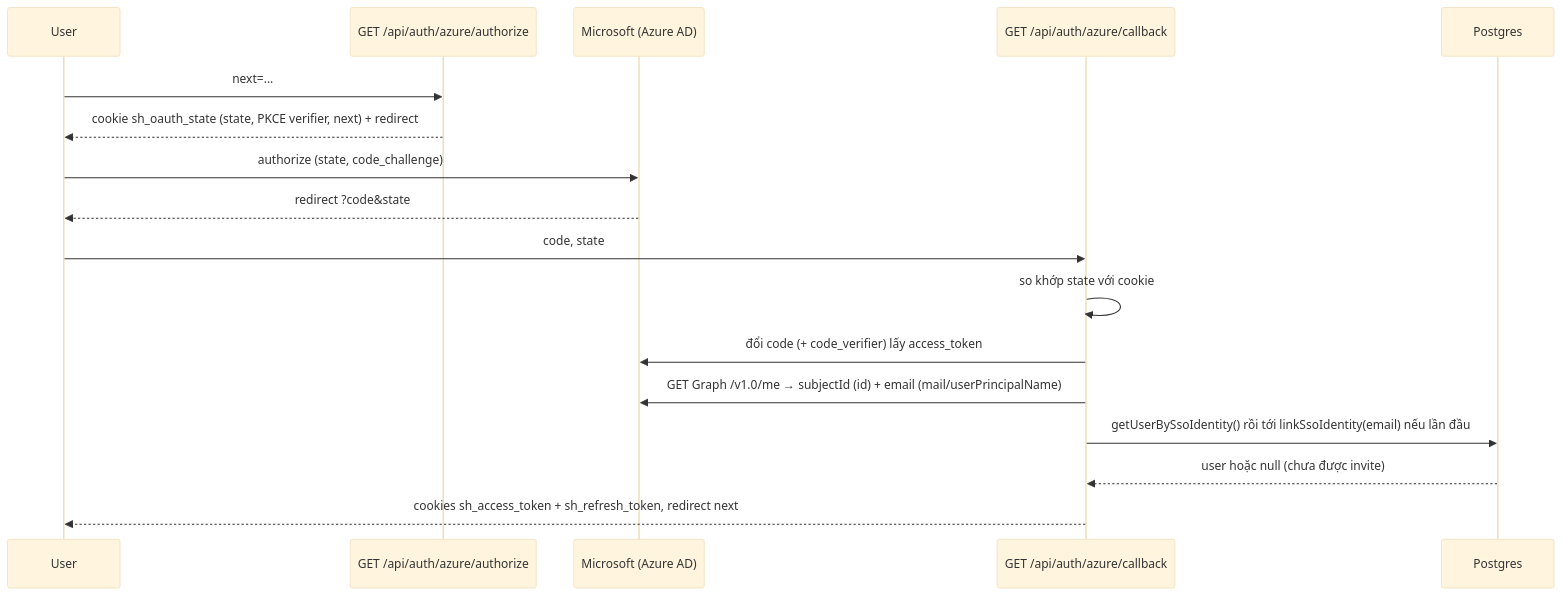
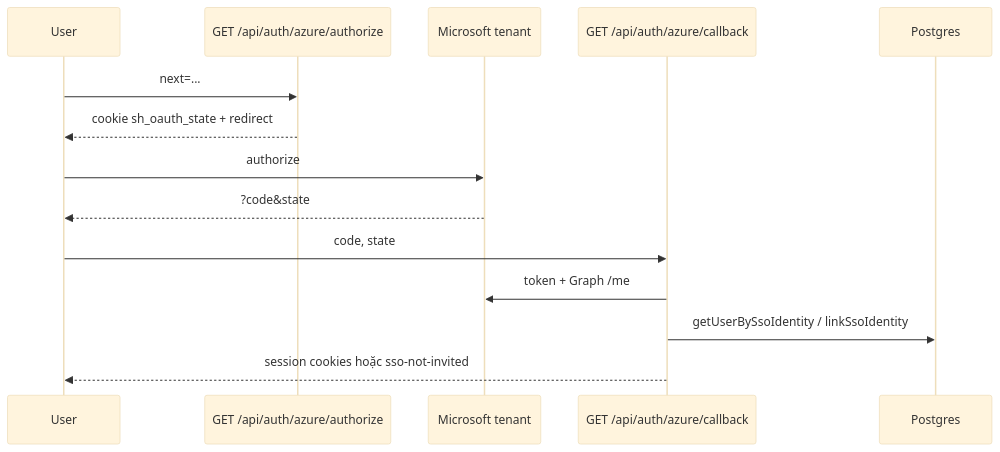
One commit to zen8labs-hackathon/SmartHire changed the seventh of 9 diagrams in docs/architecture.md. Above: the diagram before and after it, drawn with Mermaid (base theme). The commit also changed other lines of this file and 3 other files, not shown here.

First line of the commit message:
Add EC2 auto-deploy workflow and update architecture docs.

````diff
--- a/docs/architecture.md
+++ b/docs/architecture.md
@@ -205,20 +254,17 @@
 ```mermaid
 sequenceDiagram
   participant U as User
   participant Az as GET /api/auth/azure/authorize
-  participant MS as Microsoft (Azure AD)
+  participant MS as Microsoft tenant
   participant Cb as GET /api/auth/azure/callback
   participant DB as Postgres
 
   U->>Az: next=...
-  Az-->>U: cookie sh_oauth_state (state, PKCE verifier, next) + redirect
-  U->>MS: authorize (state, code_challenge)
-  MS-->>U: redirect ?code&state
+  Az-->>U: cookie sh_oauth_state + redirect
+  U->>MS: authorize
+  MS-->>U: ?code&state
   U->>Cb: code, state
-  Cb->>Cb: so khớp state với cookie
-  Cb->>MS: đổi code (+ code_verifier) lấy access_token
-  Cb->>MS: GET Graph /v1.0/me → subjectId (id) + email (mail/userPrincipalName)
-  Cb->>DB: getUserBySsoIdentity() rồi tới linkSsoIdentity(email) nếu lần đầu
-  DB-->>Cb: user hoặc null (chưa được invite)
-  Cb-->>U: cookies sh_access_token + sh_refresh_token, redirect next
+  Cb->>MS: token + Graph /me
+  Cb->>DB: getUserBySsoIdentity / linkSsoIdentity
+  Cb-->>U: session cookies hoặc sso-not-invited
 ```
````
